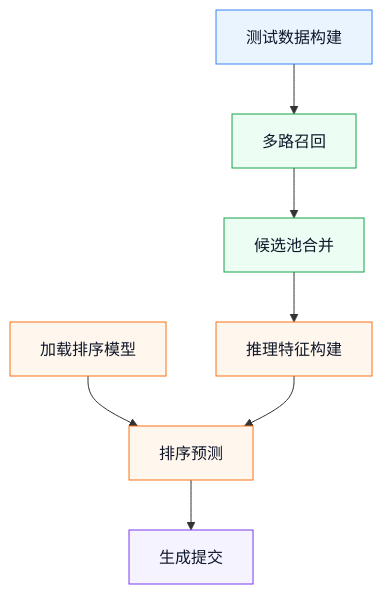
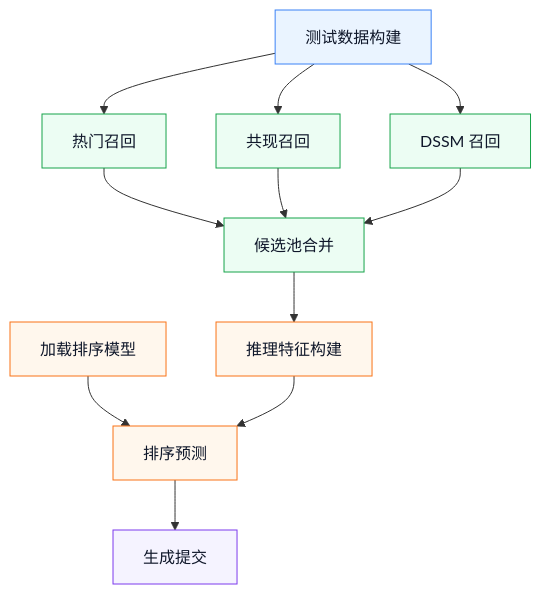
Before and after one commit to wbn11/otto-recommender-system: the second of 2 diagrams in reports/architecture.md, drawn with Mermaid. The commit also changed other lines of this file and 1 other file, not shown here.

Commit message:
docs: refine workflow diagrams

````diff
--- a/reports/architecture.md
+++ b/reports/architecture.md
@@ -62,19 +66,23 @@
 ```mermaid
 flowchart TD
-    A["测试数据构建"] --> B["多路召回"]
-    B --> C["候选池合并"]
+    A["测试数据构建"] --> B1["热门召回"]
+    A --> B2["共现召回"]
+    A --> B3["DSSM 召回"]
+    B1 --> C["候选池合并"]
+    B2 --> C
+    B3 --> C
     C --> D["推理特征构建"]
     E["加载排序模型"] --> F["排序预测"]
     D --> F
     F --> G["生成提交"]
 
     classDef data fill:#eaf4ff,stroke:#3b82f6,color:#0f172a;
     classDef recall fill:#ecfdf3,stroke:#16a34a,color:#0f172a;
     classDef rank fill:#fff7ed,stroke:#f97316,color:#0f172a;
     classDef output fill:#f5f3ff,stroke:#7c3aed,color:#0f172a;
 
     class A data;
-    class B,C recall;
+    class B1,B2,B3,C recall;
     class D,E,F rank;
     class G output;
 ```
````
